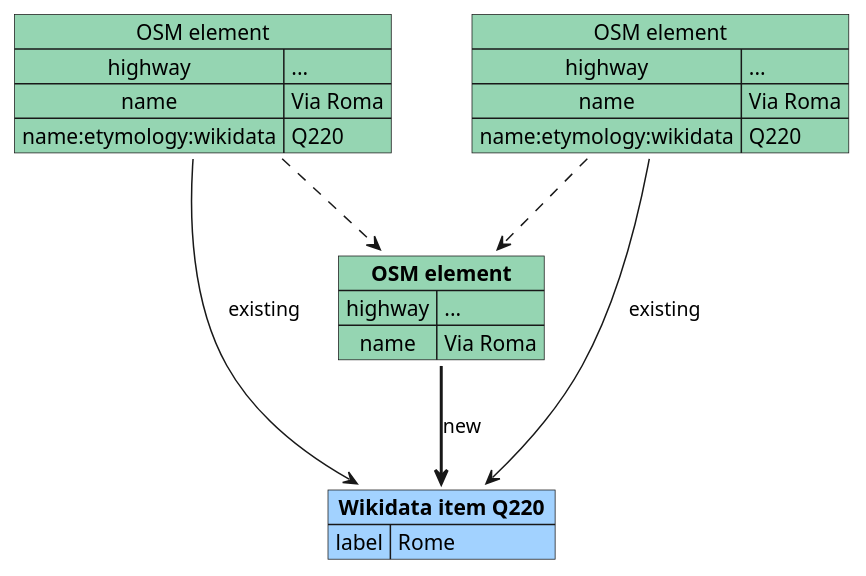
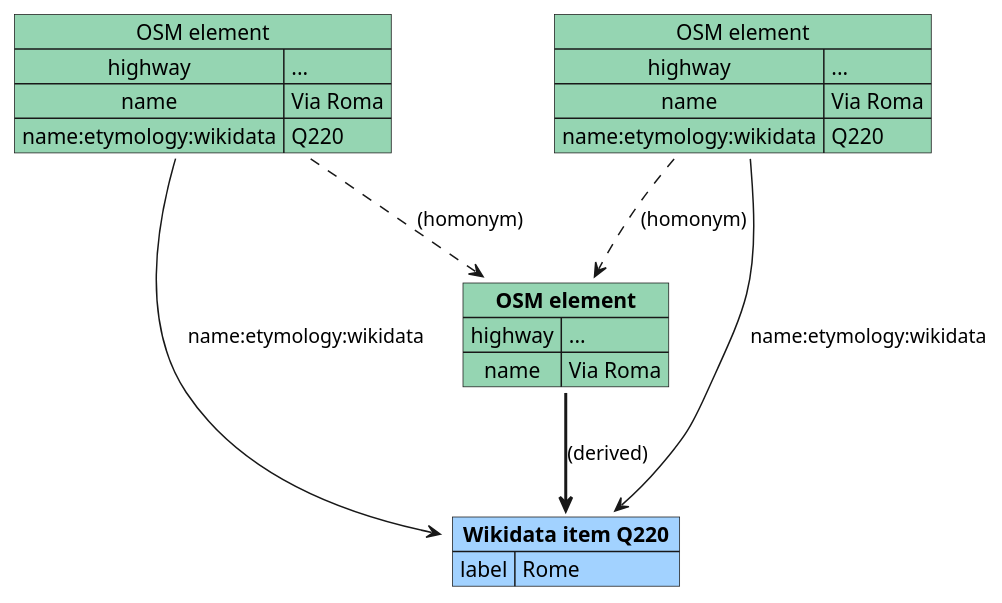
The diagram in images/data/propagation.plantuml (Danysan1/osm-wikidata-map-framework), drawn with PlantUML before and after one commit. The commit also changed 15 other files, not shown here.

Commit message:
Improve diagrams

```diff
--- a/images/data/propagation.plantuml
+++ b/images/data/propagation.plantuml
@@ -1,29 +1,29 @@
 @startuml propagation
 
 map "OSM element" as osma #95d5b2 {
   highway => ...
   name => Via Roma
   name:etymology:wikidata => Q220
 }
 map "**Wikidata item Q220**" as wikia #a2d2ff {
   label => Rome
 }
 
 map "OSM element" as osmb #95d5b2 {
   highway => ...
   name => Via Roma
   name:etymology:wikidata => Q220
 }
 
 map "**OSM element**" as osmc #95d5b2 {
   highway => ...
   name => Via Roma
 }
 
-osma -> wikia : existing
-osmb -> wikia : existing
-osmc -[bold]-> wikia : new
-osma ..> osmc
-osmb ..> osmc
+osma -> wikia : name:etymology:wikidata
+osmb -> wikia : name:etymology:wikidata
+osmc -[bold]-> wikia : (derived)
+osma ..> osmc : (homonym)
+osmb ..> osmc : (homonym)
 
 @enduml
```
